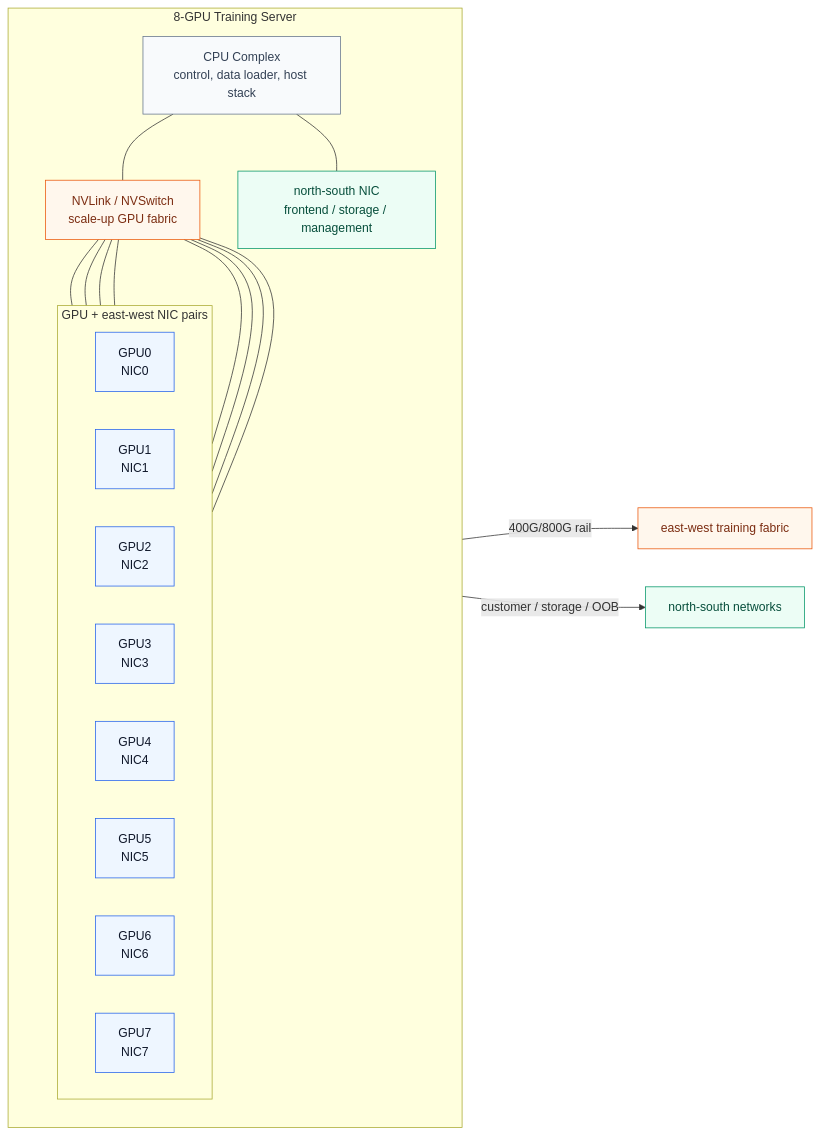
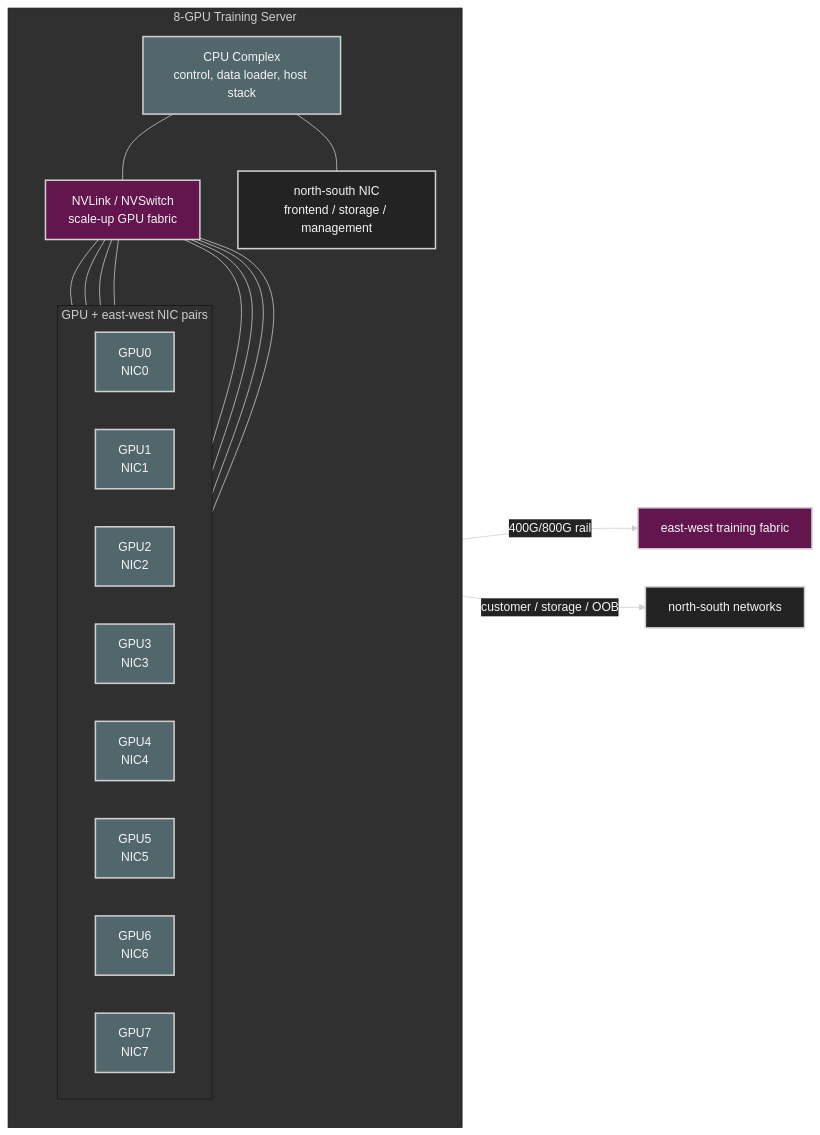
Before and after one commit to ziwon/ai-data-center-network: the second of 17 diagrams in ai-data-center-network/chap03/README.md, drawn with Mermaid. The commit also changed other lines of this file and 35 other files, not shown here.

Commit message:
docs(mermaid): apply dark diagram style

````diff
--- a/ai-data-center-network/chap03/README.md
+++ b/ai-data-center-network/chap03/README.md
@@ -167,41 +168,42 @@
 ```mermaid
+%%{init: {"theme": "base", "themeVariables": {"background": "#171717", "primaryColor": "#232323", "primaryTextColor": "#f5f5f5", "primaryBorderColor": "#d0d0d0", "lineColor": "#cfcfcf", "fontFamily": "Inter, Arial, sans-serif"}}}%%
 flowchart LR
-    classDef gpu fill:#eef6ff,stroke:#2563eb,color:#0f172a
-    classDef fabric fill:#fff7ed,stroke:#ea580c,color:#7c2d12
-    classDef io fill:#ecfdf5,stroke:#059669,color:#064e3b
-    classDef host fill:#f8fafc,stroke:#64748b,color:#334155
+    classDef gpu fill:#52676b,stroke:#d0d0d0,color:#f5f5f5,stroke-width:2px;
+    classDef fabric fill:#62164d,stroke:#d0d0d0,color:#f5f5f5,stroke-width:2px;
+    classDef io fill:#232323,stroke:#d0d0d0,color:#f5f5f5,stroke-width:2px;
+    classDef host fill:#52676b,stroke:#d0d0d0,color:#f5f5f5,stroke-width:2px;
 
     subgraph Server["8-GPU Training Server"]
         direction TB
         CPU[CPU Complex<br/>control, data loader, host stack]:::host
         NV[NVLink / NVSwitch<br/>scale-up GPU fabric]:::fabric
 
         subgraph GPUs["GPU + east-west NIC pairs"]
             direction LR
             G0[GPU0<br/>NIC0]:::gpu
             G1[GPU1<br/>NIC1]:::gpu
             G2[GPU2<br/>NIC2]:::gpu
             G3[GPU3<br/>NIC3]:::gpu
             G4[GPU4<br/>NIC4]:::gpu
             G5[GPU5<br/>NIC5]:::gpu
             G6[GPU6<br/>NIC6]:::gpu
             G7[GPU7<br/>NIC7]:::gpu
         end
 
         NS[north-south NIC<br/>frontend / storage / management]:::io
     end
 
     CPU --- NV
     NV --- G0
     NV --- G1
     NV --- G2
     NV --- G3
     NV --- G4
     NV --- G5
     NV --- G6
     NV --- G7
     CPU --- NS
 
     G0 -->|400G/800G rail| EWF[east-west training fabric]:::fabric
     NS -->|customer / storage / OOB| NSF[north-south networks]:::io
 ```
````
